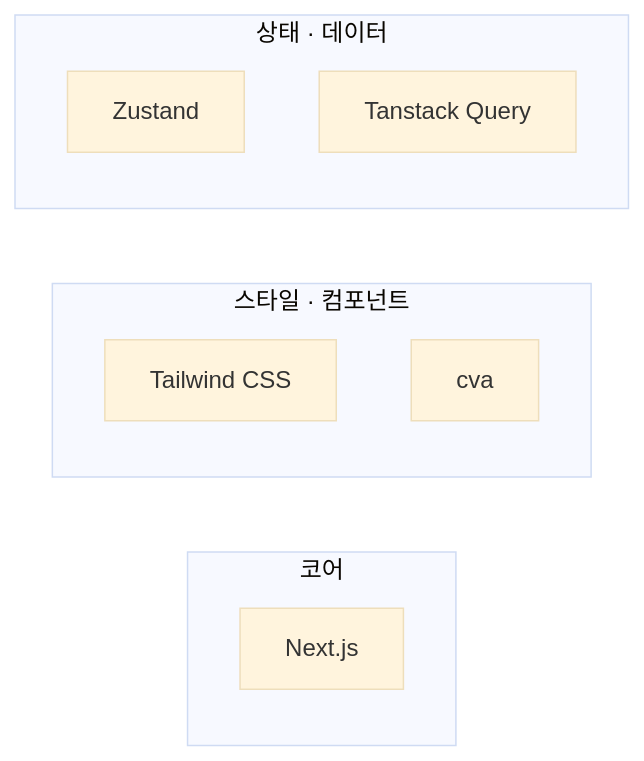
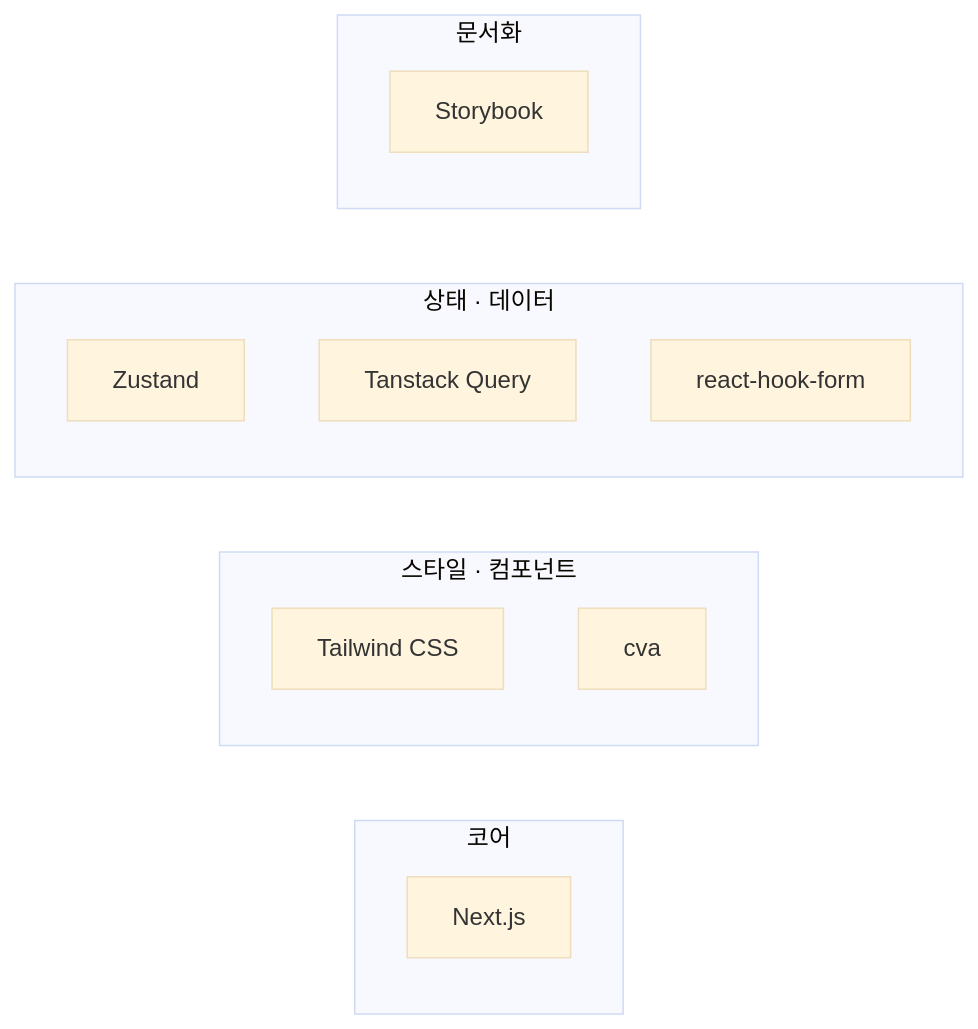
Before and after one commit to codefug/codefug.github.io: the first of 5 diagrams in markdown/2024-09-14-project/ko/content.mdx, drawn with Mermaid (base theme). The commit also changed 5 other files, not shown here.

````diff
--- a/markdown/2024-09-14-project/ko/content.mdx
+++ b/markdown/2024-09-14-project/ko/content.mdx
@@ -11,14 +11,18 @@
 ```mermaid
 flowchart LR
   subgraph core["코어"]
     A["Next.js"]
   end
   subgraph style["스타일 · 컴포넌트"]
     B["Tailwind CSS"]
     C["cva"]
   end
   subgraph stateData["상태 · 데이터"]
     D["Zustand"]
     E["Tanstack Query"]
+    F["react-hook-form"]
+  end
+  subgraph doc["문서화"]
+    G["Storybook"]
   end
 ```
````
